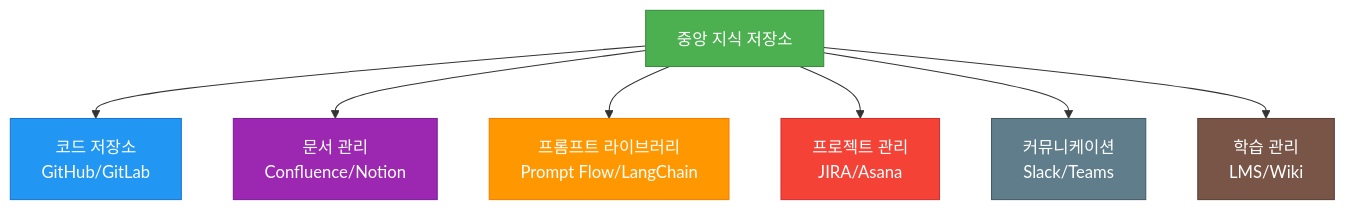
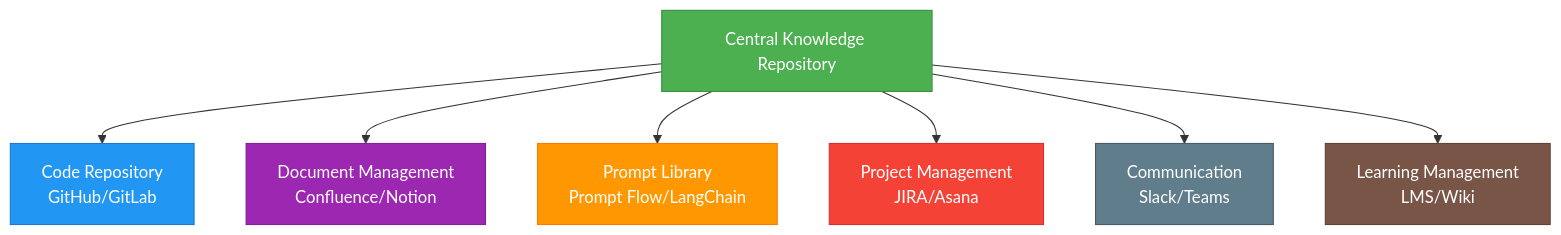
Before and after one commit to bbalganjjm/prompt-driven-development: the fourth of 4 diagrams in 7.prompt-driven-development-methodology-finalization.md, drawn with Mermaid. The commit also changed other lines of this file and 3 other files, not shown here.

````diff
--- a/7.prompt-driven-development-methodology-finalization.md
+++ b/7.prompt-driven-development-methodology-finalization.md
@@ -245,17 +234,17 @@
 ```mermaid
 graph TD
-    A[중앙 지식 저장소] --> B[코드 저장소\nGitHub/GitLab]
-    A --> C[문서 관리\nConfluence/Notion]
-    A --> D[프롬프트 라이브러리\nPrompt Flow/LangChain]
-    A --> E[프로젝트 관리\nJIRA/Asana]
-    A --> F[커뮤니케이션\nSlack/Teams]
-    A --> G[학습 관리\nLMS/Wiki]
+    A[Central Knowledge Repository] --> B[Code Repository\nGitHub/GitLab]
+    A --> C[Document Management\nConfluence/Notion]
+    A --> D[Prompt Library\nPrompt Flow/LangChain]
+    A --> E[Project Management\nJIRA/Asana]
+    A --> F[Communication\nSlack/Teams]
+    A --> G[Learning Management\nLMS/Wiki]
     
     style A fill:#4CAF50,stroke:#388E3C,color:white
     style B fill:#2196F3,stroke:#1976D2,color:white
     style C fill:#9C27B0,stroke:#7B1FA2,color:white
     style D fill:#FF9800,stroke:#F57C00,color:white
     style E fill:#F44336,stroke:#D32F2F,color:white
     style F fill:#607D8B,stroke:#455A64,color:white
     style G fill:#795548,stroke:#5D4037,color:white
 ```
````
